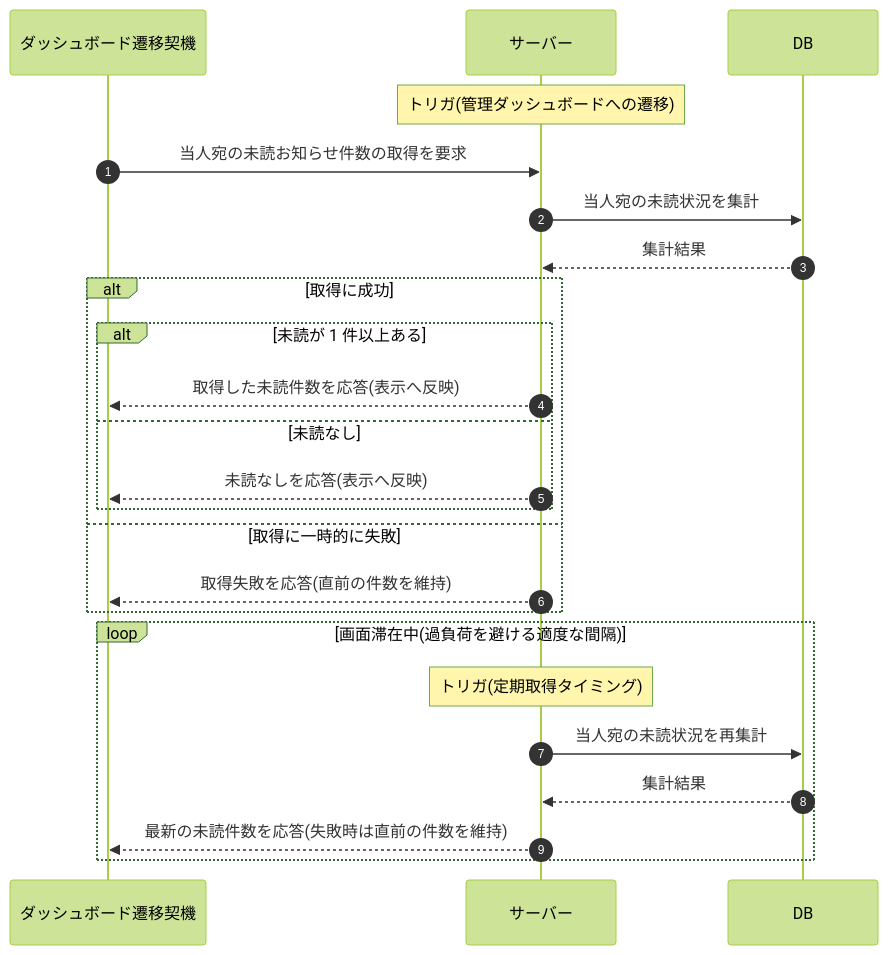
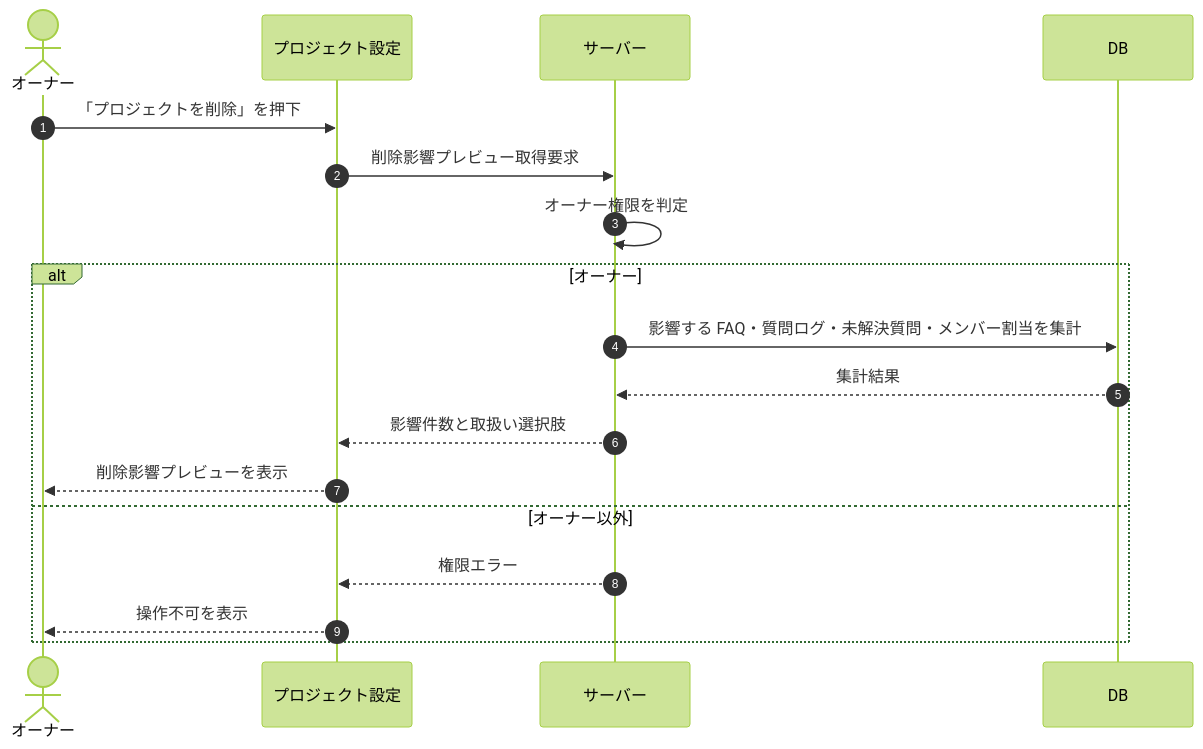
The diagram in 02_basic_design/03_sequences/SEQ-122.md (sikakou54/open-faq), drawn with Mermaid (forest theme) before and after one commit. The commit also changed other lines of this file and 395 other files, not shown here.

````diff
--- a/02_basic_design/03_sequences/SEQ-122.md
+++ b/02_basic_design/03_sequences/SEQ-122.md
@@ -25,26 +25,20 @@
 ```mermaid
 sequenceDiagram
   autonumber
-  participant TR as ダッシュボード遷移契機
+  actor U as オーナー
+  participant Screen as プロジェクト設定
   participant Server as サーバー
   participant DB as DB
-  Note over Server: トリガ(管理ダッシュボードへの遷移)
-  TR->>Server: 当人宛の未読お知らせ件数の取得を要求
-  Server->>DB: 当人宛の未読状況を集計
-  DB-->>Server: 集計結果
-  alt 取得に成功
-    alt 未読が 1 件以上ある
-      Server-->>TR: 取得した未読件数を応答(表示へ反映)
-    else 未読なし
-      Server-->>TR: 未読なしを応答(表示へ反映)
-    end
-  else 取得に一時的に失敗
-    Server-->>TR: 取得失敗を応答(直前の件数を維持)
-  end
-  loop 画面滞在中(過負荷を避ける適度な間隔)
-    Note over Server: トリガ(定期取得タイミング)
-    Server->>DB: 当人宛の未読状況を再集計
+  U->>Screen: 「プロジェクトを削除」を押下
+  Screen->>Server: 削除影響プレビュー取得要求
+  Server->>Server: オーナー権限を判定
+  alt オーナー
+    Server->>DB: 影響する FAQ・質問ログ・未解決質問・メンバー割当を集計
     DB-->>Server: 集計結果
-    Server-->>TR: 最新の未読件数を応答(失敗時は直前の件数を維持)
+    Server-->>Screen: 影響件数と取扱い選択肢
+    Screen-->>U: 削除影響プレビューを表示
+  else オーナー以外
+    Server-->>Screen: 権限エラー
+    Screen-->>U: 操作不可を表示
   end
 ```
````
